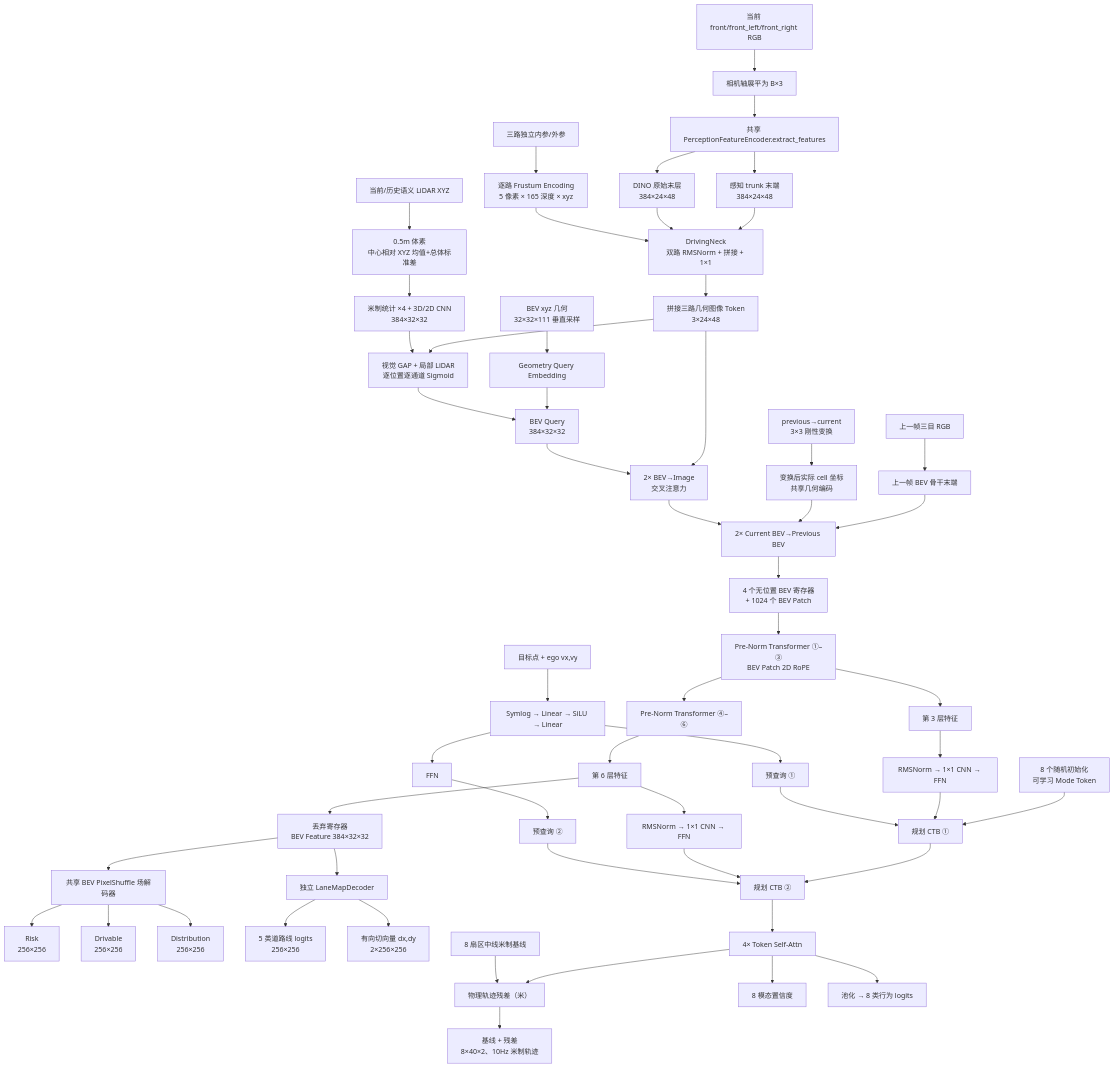
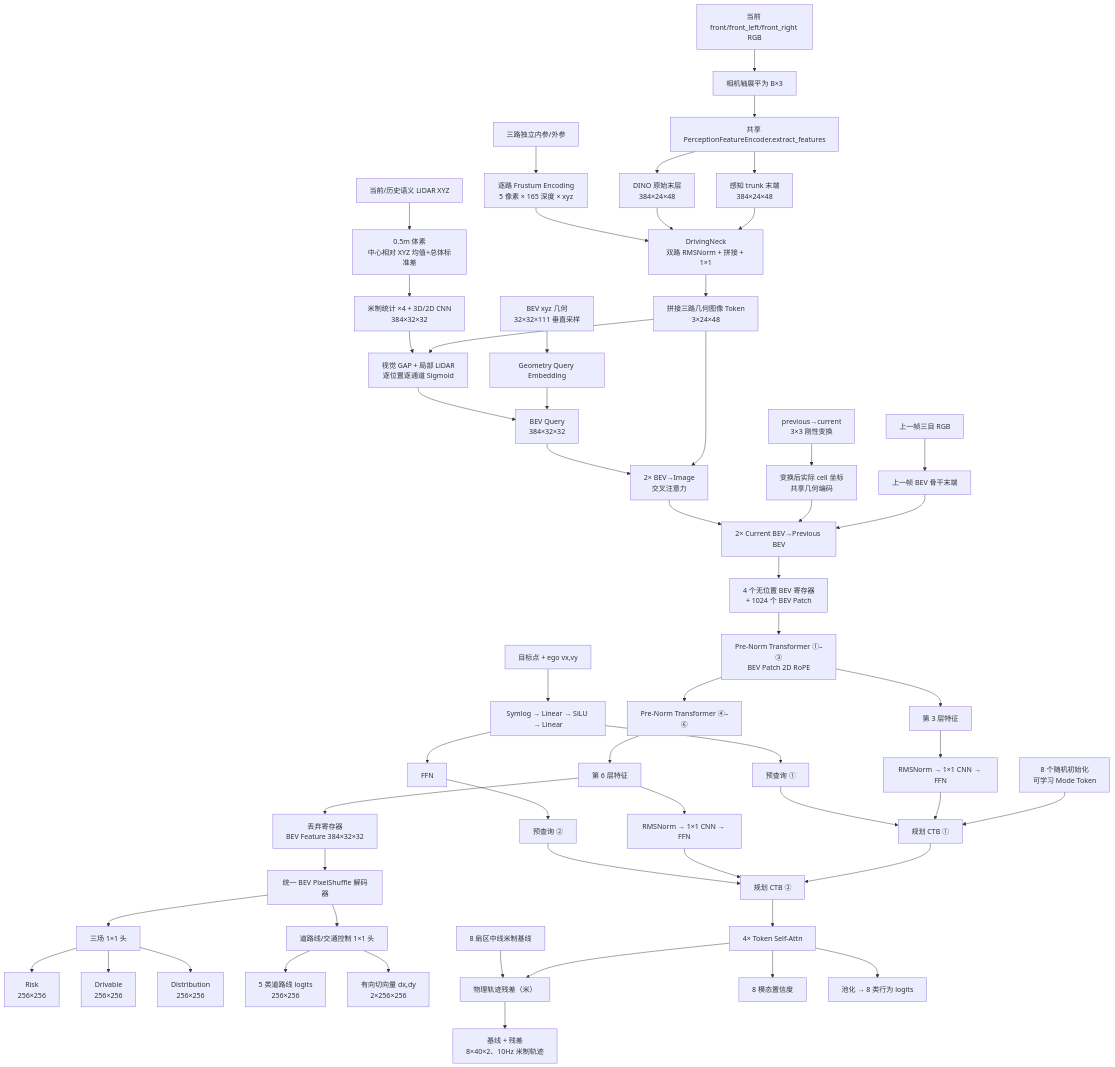
Before and after one commit to ByteDriveTeam/ByteDrive-Toy: the fourth of 9 diagrams in README.md, drawn with Mermaid. The commit also changed other lines of this file and 20 other files, not shown here.

````diff
--- a/README.md
+++ b/README.md
@@ -305,58 +305,59 @@
 ```mermaid
 flowchart TB
     RGB["当前 front/front_left/front_right RGB"] --> FLAT["相机轴展平为 B×3"]
     FLAT --> P["共享 PerceptionFeatureEncoder.extract_features"]
     P --> T["感知 trunk 末端<br/>384×24×48"]
     P --> R["DINO 原始末层<br/>384×24×48"]
 
     T --> NECK["DrivingNeck<br/>双路 RMSNorm + 拼接 + 1×1"]
     R --> NECK
     CALIB["三路独立内参/外参"] --> FR["逐路 Frustum Encoding<br/>5 像素 × 165 深度 × xyz"]
     FR --> NECK
     NECK --> IMG["拼接三路几何图像 Token<br/>3×24×48"]
 
     GRID["BEV xyz 几何<br/>32×32×111 垂直采样"] --> QUERY["Geometry Query Embedding"]
     QUERY --> BEVQ["BEV Query<br/>384×32×32"]
     LIDAR["当前/历史语义 LiDAR XYZ"] --> VOXEL["0.5m 体素<br/>中心相对 XYZ 均值+总体标准差"]
     VOXEL --> LENC["米制统计 ×4 + 3D/2D CNN<br/>384×32×32"]
     IMG --> GATE["视觉 GAP + 局部 LiDAR<br/>逐位置逐通道 Sigmoid"]
     LENC --> GATE
     GATE --> BEVQ
     IMG --> CROSS["2× BEV→Image<br/>交叉注意力"]
     BEVQ --> CROSS
     PRGB["上一帧三目 RGB"] --> PBEV["上一帧 BEV 骨干末端"]
     TF["previous→current<br/>3×3 刚性变换"] --> PGEOM["变换后实际 cell 坐标<br/>共享几何编码"]
     PBEV --> TCROSS["2× Current BEV→Previous BEV"]
     PGEOM --> TCROSS
     CROSS --> TCROSS --> SEQ["4 个无位置 BEV 寄存器<br/>+ 1024 个 BEV Patch"]
     SEQ --> TRANS3["Pre-Norm Transformer ①–③<br/>BEV Patch 2D RoPE"]
     TRANS3 --> F3["第 3 层特征"]
     TRANS3 --> TRANS6["Pre-Norm Transformer ④–⑥"]
     TRANS6 --> F6["第 6 层特征"]
     F6 --> BEV["丢弃寄存器<br/>BEV Feature 384×32×32"]
 
-    BEV --> FIELD["共享 BEV PixelShuffle 场解码器"]
+    BEV --> BDEC["统一 BEV PixelShuffle 解码器"]
+    BDEC --> FIELD["三场 1×1 头"]
     FIELD --> RISK["Risk<br/>256×256"]
     FIELD --> DRIVE["Drivable<br/>256×256"]
     FIELD --> DIST["Distribution<br/>256×256"]
 
-    BEV --> LANE["独立 LaneMapDecoder"]
+    BDEC --> LANE["道路线/交通控制 1×1 头"]
     LANE --> LCLS["5 类道路线 logits<br/>256×256"]
     LANE --> LDIR["有向切向量 dx,dy<br/>2×256×256"]
 
     COND["目标点 + ego vx,vy"] --> SYM["Symlog → Linear → SiLU → Linear"]
     SYM --> Q1["预查询 ①"]
     SYM --> PPN["FFN"] --> Q2["预查询 ②"]
     MODE["8 个随机初始化<br/>可学习 Mode Token"] --> CTB1["规划 CTB ①"]
     F3 --> A1["RMSNorm → 1×1 CNN → FFN"] --> CTB1
     Q1 --> CTB1
     CTB1 --> CTB2["规划 CTB ②"]
     F6 --> A2["RMSNorm → 1×1 CNN → FFN"] --> CTB2
     Q2 --> CTB2
     CTB2 --> PTB["4× Token Self-Attn"]
     PTB --> RES["物理轨迹残差（米）"]
     BASE["8 扇区中线米制基线"] --> RES
     RES --> TRAJ["基线 + 残差<br/>8×40×2、10Hz 米制轨迹"]
     PTB --> CONF["8 模态置信度"]
     PTB --> ACT["池化 → 8 类行为 logits"]
 ```
````
